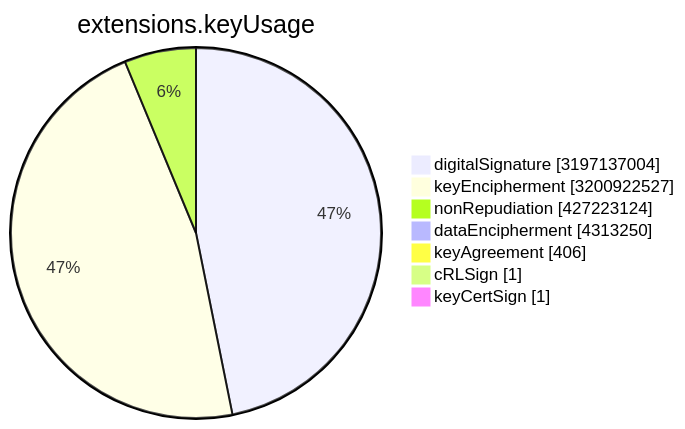
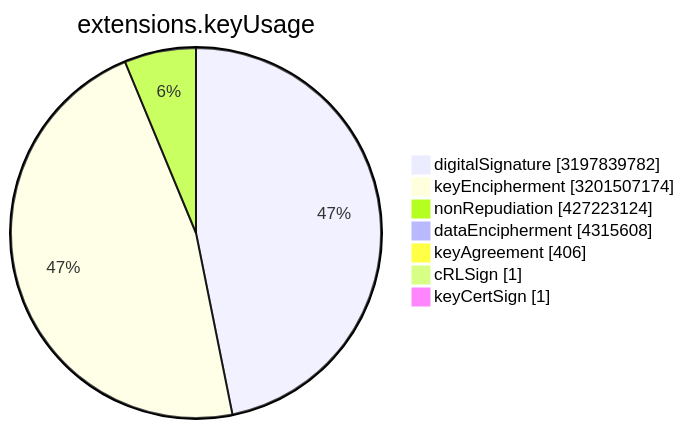
One commit to christiankrug/ctmonitor_visualization changed the sixth of 15 diagrams in TOTAL/README.md. Above: the diagram before and after it, drawn with Mermaid. The commit also changed other lines of this file, not shown here.

````diff
--- a/TOTAL/README.md
+++ b/TOTAL/README.md
@@ -3077,11 +3077,11 @@
 ```mermaid
 pie showData
 title extensions.keyUsage
-"digitalSignature" :3197137004
-"keyEncipherment" :3200922527
+"digitalSignature" :3197839782
+"keyEncipherment" :3201507174
 "nonRepudiation" :427223124
-"dataEncipherment" :4313250
+"dataEncipherment" :4315608
 "keyAgreement" :406
 "cRLSign" :1
 "keyCertSign" :1
 ```
````
